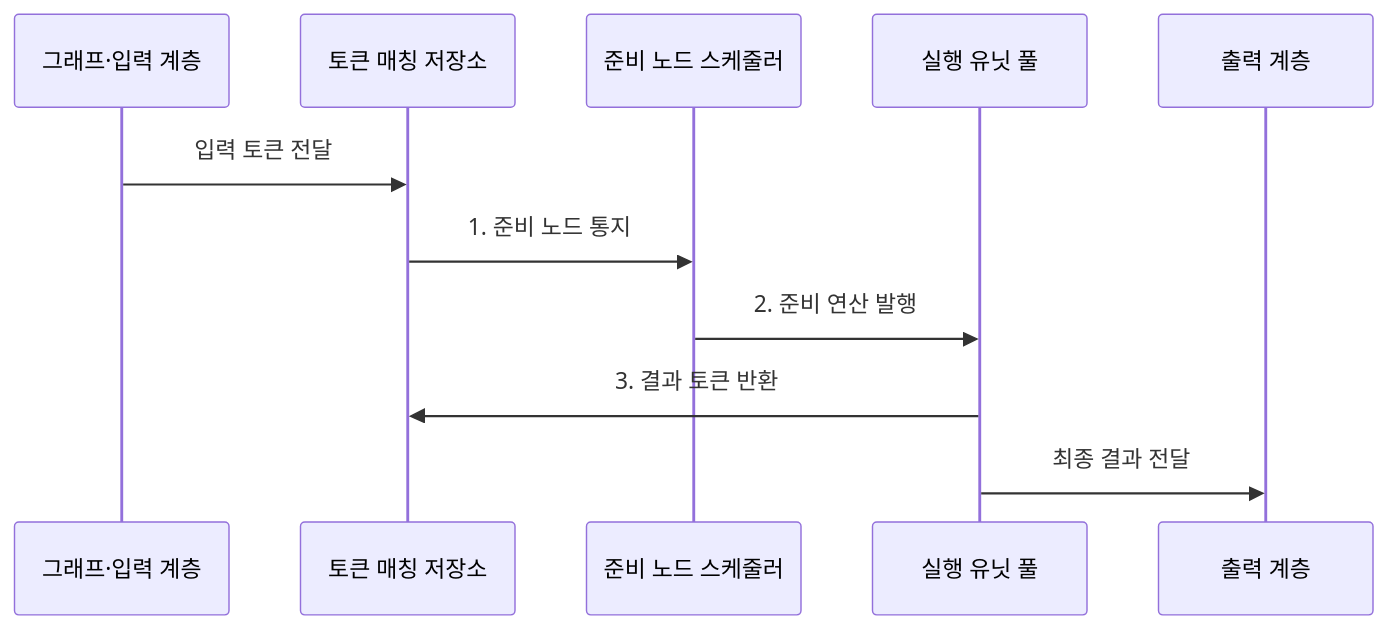
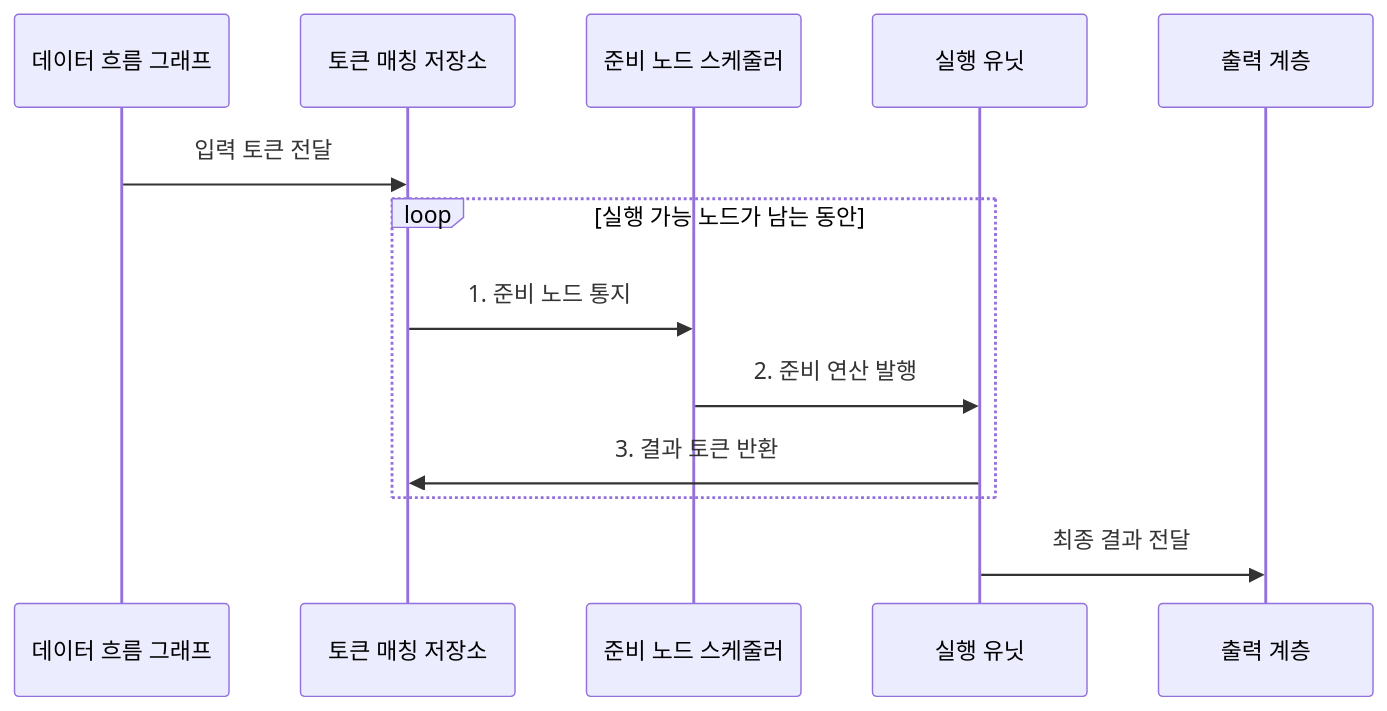
One commit to agnusdei1207/knowledge-base changed the second of 2 diagrams in src/content/docs/notes/02-hardware/077_dataflow_computer.md. Above: the diagram before and after it, drawn with Mermaid. The commit also changed other lines of this file and 20 other files, not shown here.

````diff
--- a/src/content/docs/notes/02-hardware/077_dataflow_computer.md
+++ b/src/content/docs/notes/02-hardware/077_dataflow_computer.md
@@ -87,14 +85,16 @@
 ```mermaid
 sequenceDiagram
-    participant G as 그래프·입력 계층
+    participant G as 데이터 흐름 그래프
     participant M as 토큰 매칭 저장소
     participant S as 준비 노드 스케줄러
-    participant E as 실행 유닛 풀
+    participant E as 실행 유닛
     participant O as 출력 계층
 
     G->>M: 입력 토큰 전달
-    M->>S: 1. 준비 노드 통지
-    S->>E: 2. 준비 연산 발행
-    E->>M: 3. 결과 토큰 반환
+    loop 실행 가능 노드가 남는 동안
+        M->>S: 1. 준비 노드 통지
+        S->>E: 2. 준비 연산 발행
+        E->>M: 3. 결과 토큰 반환
+    end
     E->>O: 최종 결과 전달
 ```
````
